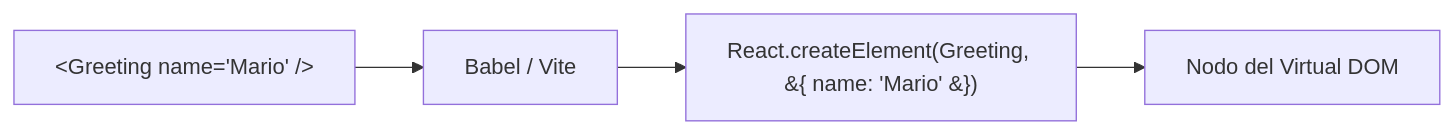
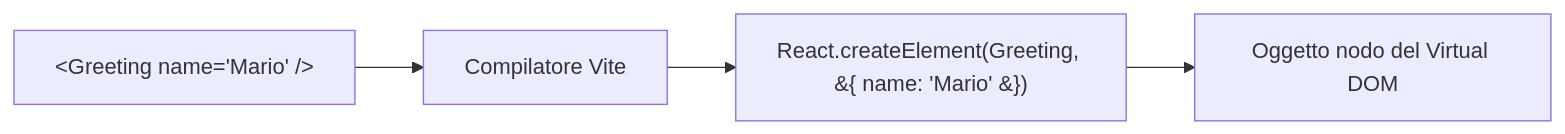
The third of 10 diagrams in arguments/chapters/it/01-fundamentals.md (BabaScience/react-guides), drawn with Mermaid before and after one commit. The commit also changed other lines of this file and 46 other files, not shown here.

````diff
--- a/arguments/chapters/it/01-fundamentals.md
+++ b/arguments/chapters/it/01-fundamentals.md
@@ -95,6 +206,6 @@
 ```mermaid
 graph LR
-    JSX["&lt;Greeting name='Mario' /&gt;"] --> Babel[Babel / Vite]
-    Babel --> Call["React.createElement(Greeting, &#123; name: 'Mario' &#125;)"]
-    Call --> VNode["Nodo del Virtual DOM"]
+    JSX["&lt;Greeting name='Mario' /&gt;"] --> Compiler[Compilatore Vite]
+    Compiler --> Call["React.createElement(Greeting, &#123; name: 'Mario' &#125;)"]
+    Call --> VNode["Oggetto nodo del Virtual DOM"]
 ```
````
